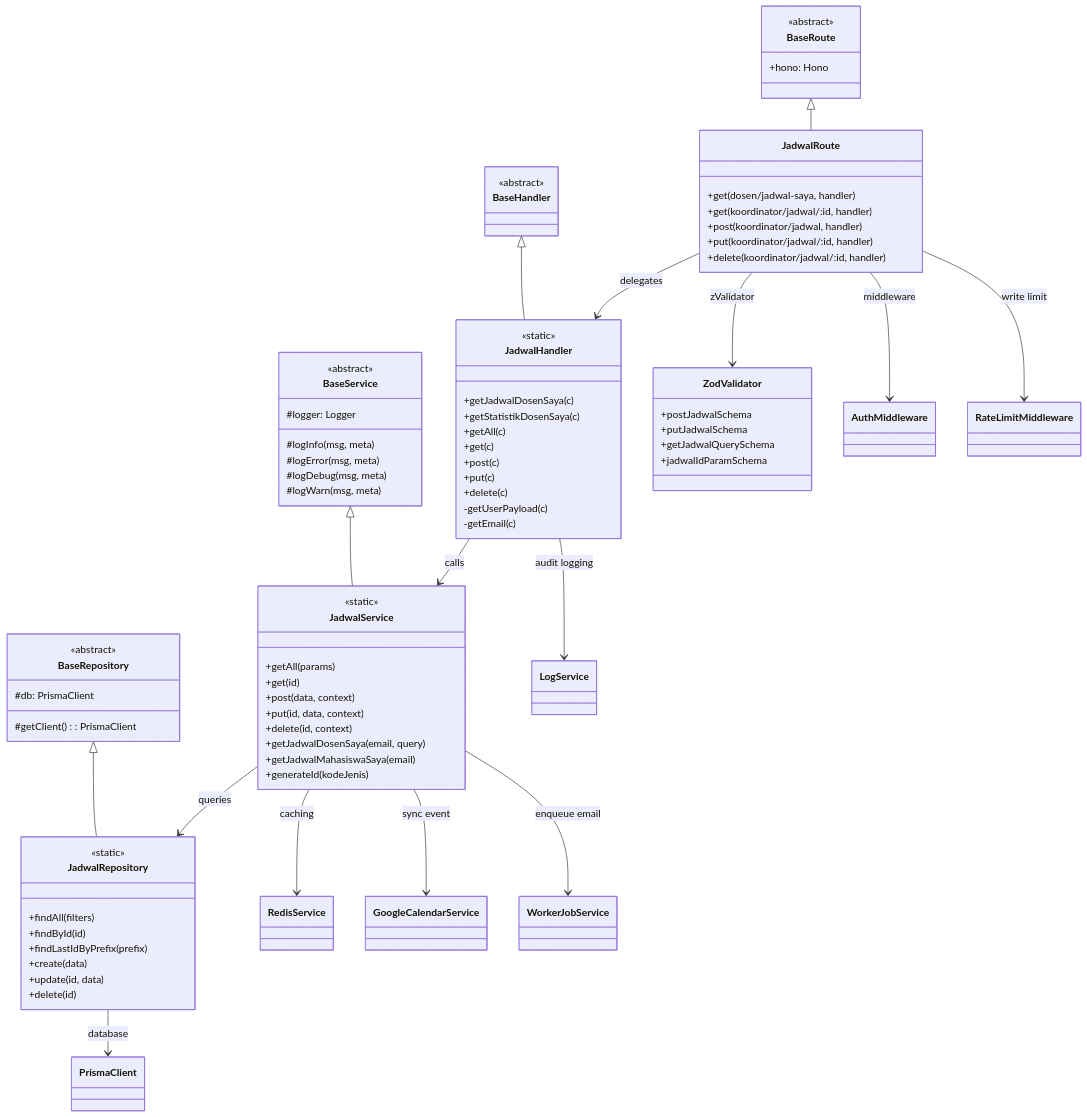
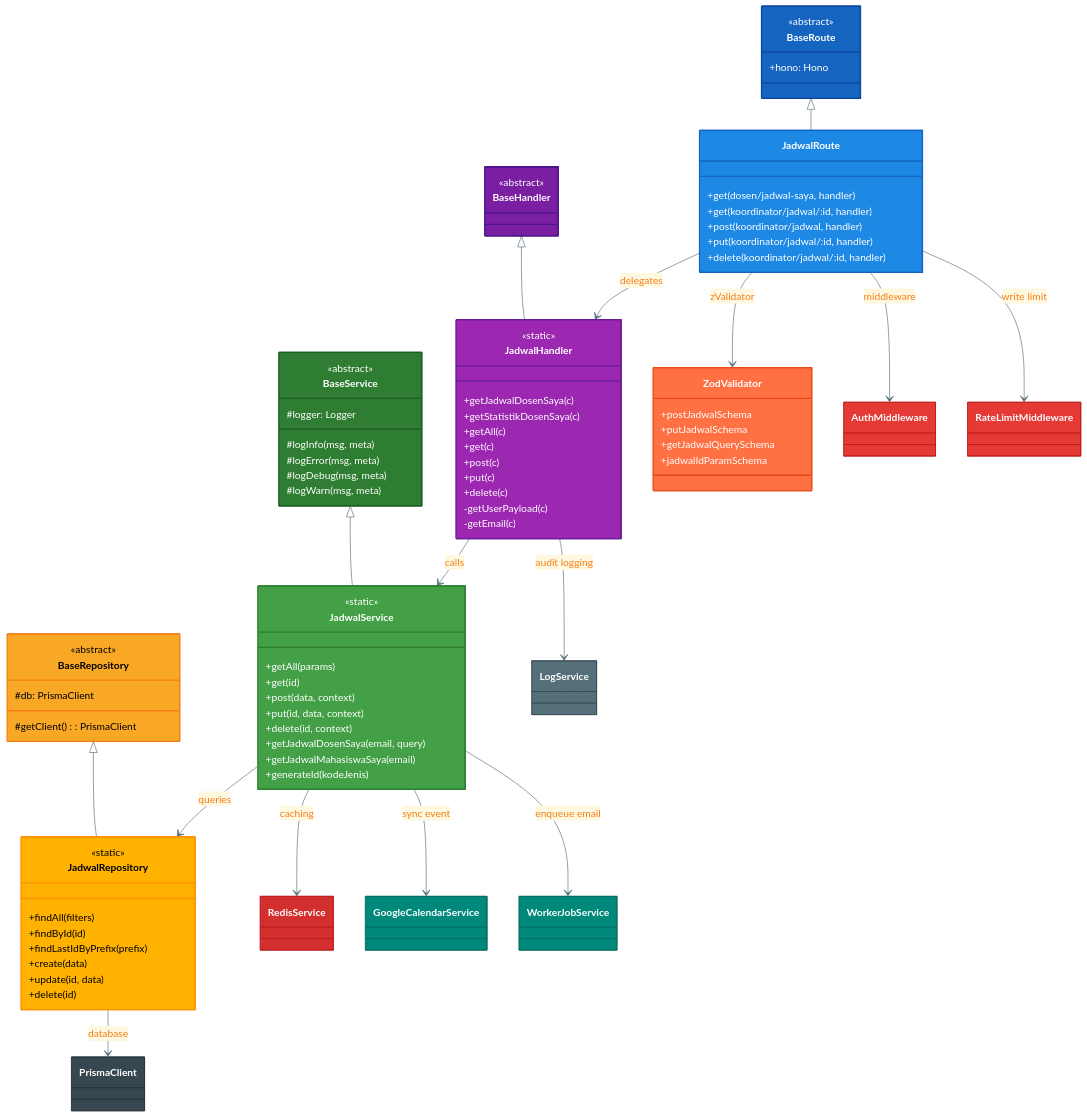
Before and after one commit to luna-gindra/c4-architecture-hono-api-seminar: the fourth of 12 diagrams in architecture-c4-level4.md, drawn with Mermaid. The commit also changed other lines of this file and 1 other file, not shown here.

First line of the commit message:
🎨 Add colorful styling to all C4 architecture diagrams

````diff
--- a/architecture-c4-level4.md
+++ b/architecture-c4-level4.md
@@ -184,4 +248,10 @@
 ```mermaid
+%%{init: {"theme": "base", "themeVariables": {
+    "primaryColor": "#FFF8E1",
+    "primaryTextColor": "#F57F17",
+    "lineColor": "#546E7A",
+    "fontSize": 13
+}}}%%
 classDiagram
     class BaseRoute {
         <<abstract>>
@@ -272,4 +342,21 @@
     JadwalService --> GoogleCalendarService : sync event
     JadwalService --> WorkerJobService : enqueue email
     JadwalRepository --> PrismaClient : database
+
+    style BaseRoute fill:#1565C0,color:#fff,stroke:#0D47A1,stroke-width:2px
+    style JadwalRoute fill:#1E88E5,color:#fff,stroke:#1565C0,stroke-width:2px
+    style BaseHandler fill:#7B1FA2,color:#fff,stroke:#4A148C,stroke-width:2px
+    style JadwalHandler fill:#9C27B0,color:#fff,stroke:#6A1B9A,stroke-width:2px
+    style BaseService fill:#2E7D32,color:#fff,stroke:#1B5E20,stroke-width:2px
+    style JadwalService fill:#43A047,color:#fff,stroke:#2E7D32,stroke-width:2px
+    style BaseRepository fill:#F9A825,color:#000,stroke:#F57F17,stroke-width:2px
+    style JadwalRepository fill:#FFB300,color:#000,stroke:#FF8F00,stroke-width:2px
+    style ZodValidator fill:#FF7043,color:#fff,stroke:#E64A19,stroke-width:2px
+    style AuthMiddleware fill:#E53935,color:#fff,stroke:#B71C1C,stroke-width:1px
+    style RateLimitMiddleware fill:#E53935,color:#fff,stroke:#B71C1C,stroke-width:1px
+    style LogService fill:#546E7A,color:#fff,stroke:#37474F,stroke-width:1px
+    style RedisService fill:#D32F2F,color:#fff,stroke:#B71C1C,stroke-width:1px
+    style GoogleCalendarService fill:#00897B,color:#fff,stroke:#00695C,stroke-width:1px
+    style WorkerJobService fill:#00897B,color:#fff,stroke:#00695C,stroke-width:1px
+    style PrismaClient fill:#37474F,color:#fff,stroke:#263238,stroke-width:1px
 ```
````
